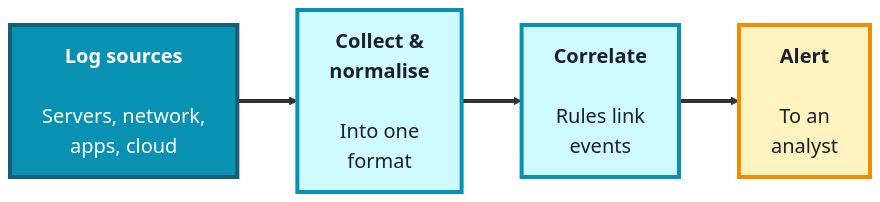
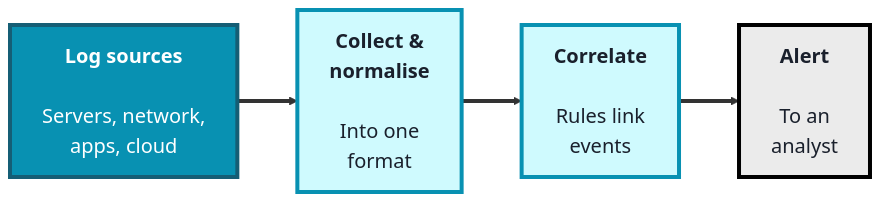
One commit to SHEMODELTECH/shemodeltech changed the first of 3 diagrams in src/Pages/courses/TechGuard/module-7-security-monitoring.md. Above: the diagram before and after it, drawn with Mermaid. The commit also changed other lines of this file and 46 other files, not shown here.

````diff
--- a/src/Pages/courses/TechGuard/module-7-security-monitoring.md
+++ b/src/Pages/courses/TechGuard/module-7-security-monitoring.md
@@ -20,16 +20,16 @@
 ```mermaid
 %%{init: {'theme':'base', 'themeVariables': {'fontSize':'20px', 'primaryTextColor':'#1a202c', 'primaryBorderColor':'#155e75', 'lineColor':'#333333'}, 'flowchart': {'nodeSpacing': 50, 'rankSpacing': 60, 'padding': 16}}}%%
 flowchart LR
     SRC["<b>Log sources</b><br/><br/>Servers, network,<br/>apps, cloud"]
     COL["<b>Collect &<br/>normalise</b><br/><br/>Into one<br/>format"]
     COR["<b>Correlate</b><br/><br/>Rules link<br/>events"]
     AL["<b>Alert</b><br/><br/>To an<br/>analyst"]
 
     SRC ==> COL ==> COR ==> AL
 
     style SRC fill:#0891b2,color:#fff,stroke:#155e75,stroke-width:4px
     style COL fill:#cffafe,color:#1a202c,stroke:#0891b2,stroke-width:4px
     style COR fill:#cffafe,color:#1a202c,stroke:#0891b2,stroke-width:4px
-    style AL fill:#fff3bf,color:#1a202c,stroke:#f08c00,stroke-width:4px
+    style AL fill:#EBEBEB,color:#1a202c,stroke:#000000,stroke-width:4px
     linkStyle default stroke-width:4px,stroke:#333333
 ```
````
